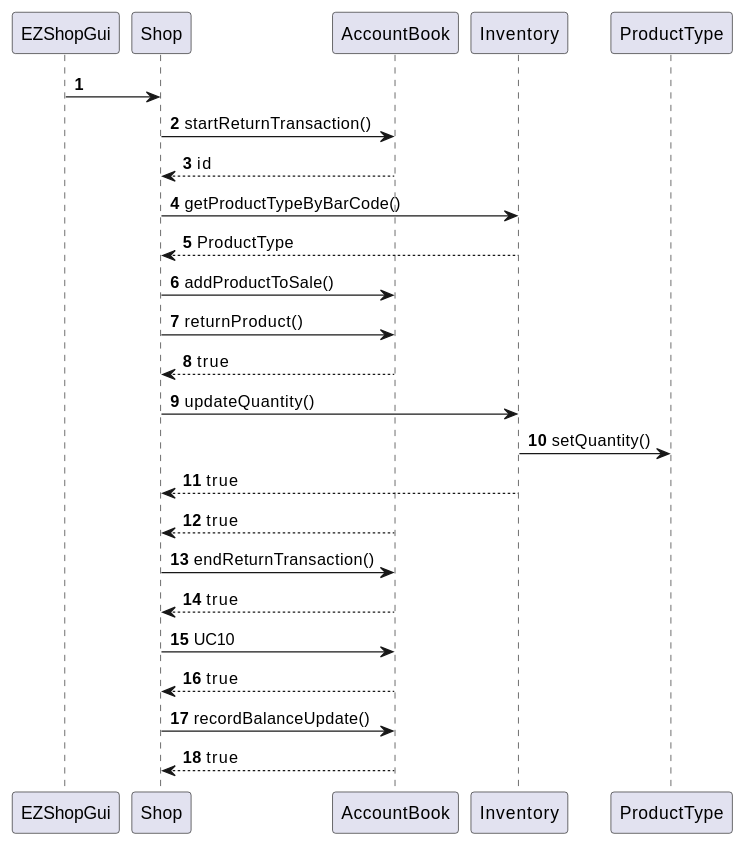
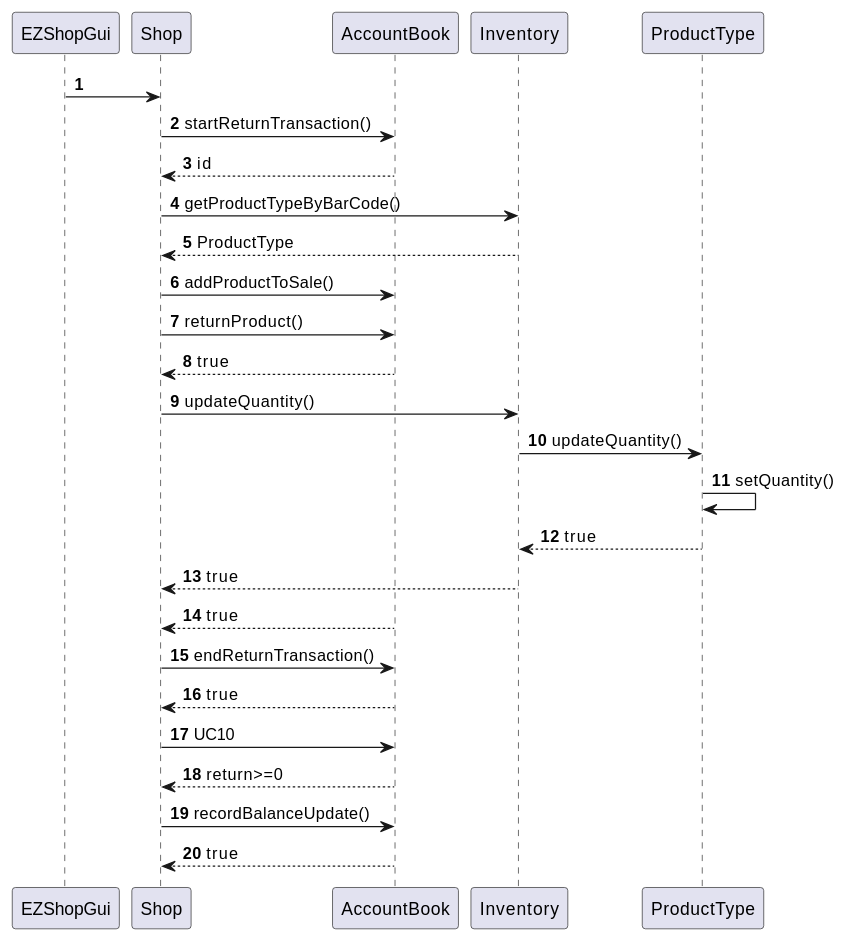
One commit to mkexc/ezshop changed diagram 20 of 22 in Deliverables/DesignDocument.md. Above: the diagram before and after it, drawn with PlantUML. The commit also changed other lines of this file and 3 other files, not shown here.

Commit message:
Deliverables: updated LowLevel, added new sequence diagrams, added estimation by activity decomposition and Gantt diagram

````diff
--- a/Deliverables/DesignDocument.md
+++ b/Deliverables/DesignDocument.md
@@ -504,24 +666,25 @@
 ```plantuml
 @startuml
 autonumber
-
 EZShopGui -> Shop
 Shop -> AccountBook : startReturnTransaction()
 Shop <-- AccountBook : id
 Shop -> Inventory : getProductTypeByBarCode()
 Shop <-- Inventory : ProductType
 Shop -> AccountBook : addProductToSale()
 Shop -> AccountBook : returnProduct()
 Shop <-- AccountBook : true
 Shop -> Inventory : updateQuantity()
-Inventory -> ProductType : setQuantity()
+Inventory -> ProductType : updateQuantity()
+ProductType -> ProductType : setQuantity()
+Inventory <-- ProductType : true
 Shop <-- Inventory : true
 Shop <-- AccountBook : true
 Shop -> AccountBook : endReturnTransaction()
 Shop <-- AccountBook : true
 Shop -> AccountBook : UC10
-Shop <-- AccountBook : true
+Shop <-- AccountBook : return>=0
 Shop -> AccountBook : recordBalanceUpdate()
 Shop <-- AccountBook : true
 @enduml
 ```
````
